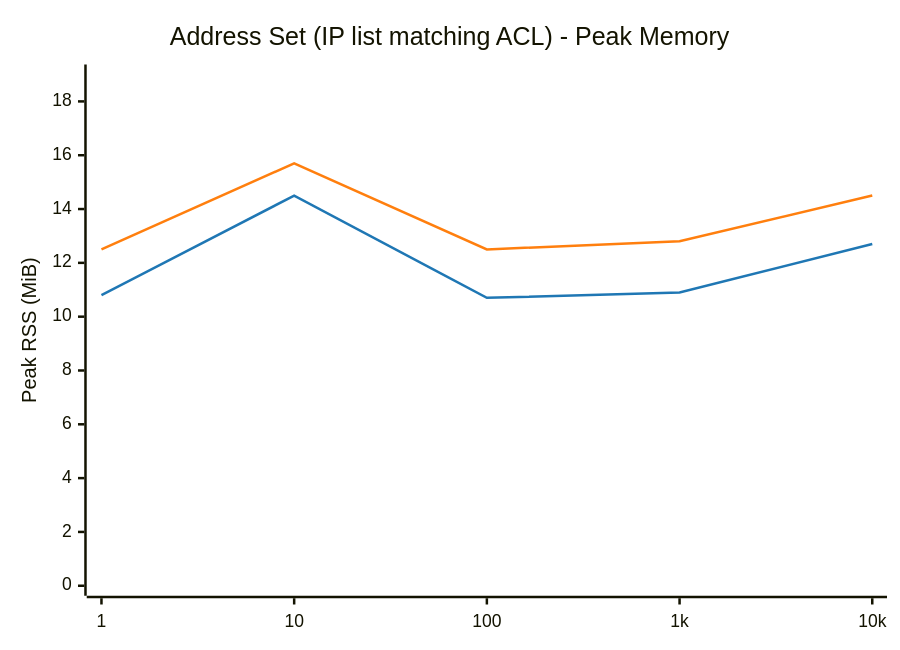
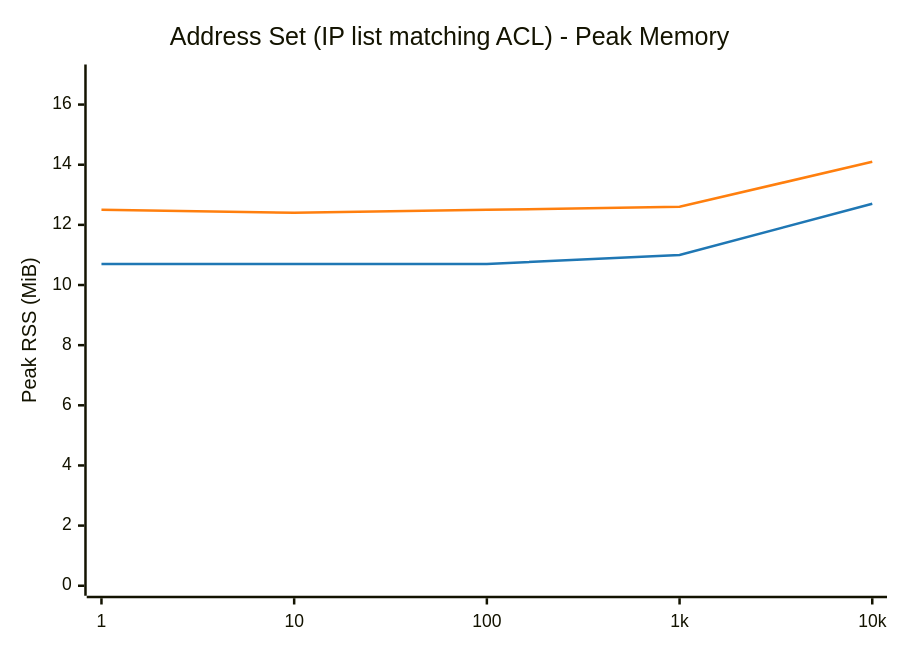
One commit to LionelJouin/ovs-ovn-bench changed the sixth of 16 diagrams in results/BENCHMARK_REPORT.md. Above: the diagram before and after it, drawn with Mermaid. The commit also changed other lines of this file and 1 other file, not shown here.

````diff
--- a/results/BENCHMARK_REPORT.md
+++ b/results/BENCHMARK_REPORT.md
@@ -287,14 +287,14 @@
 ```mermaid
 ---
 config:
     themeVariables:
         xyChart:
             plotColorPalette: "#1f77b4, #ff7f0e"
 ---
 xychart-beta
     title "Address Set (IP list matching ACL) - Peak Memory"
     x-axis ["1", "10", "100", "1k", "10k"]
-    y-axis "Peak RSS (MiB)" 0 --> 19
-    line "glibc malloc" [10.8, 14.5, 10.7, 10.9, 12.7]
-    line "jemalloc" [12.5, 15.7, 12.5, 12.8, 14.5]
+    y-axis "Peak RSS (MiB)" 0 --> 17
+    line "glibc malloc" [10.7, 10.7, 10.7, 11.0, 12.7]
+    line "jemalloc" [12.5, 12.4, 12.5, 12.6, 14.1]
 ```
````
